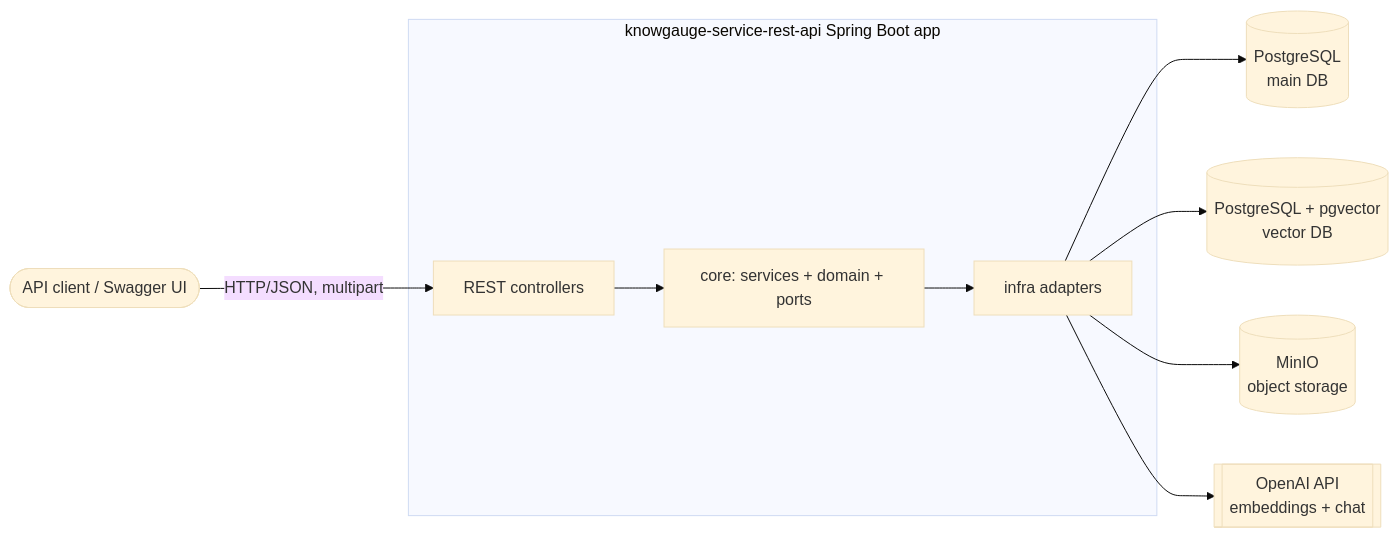
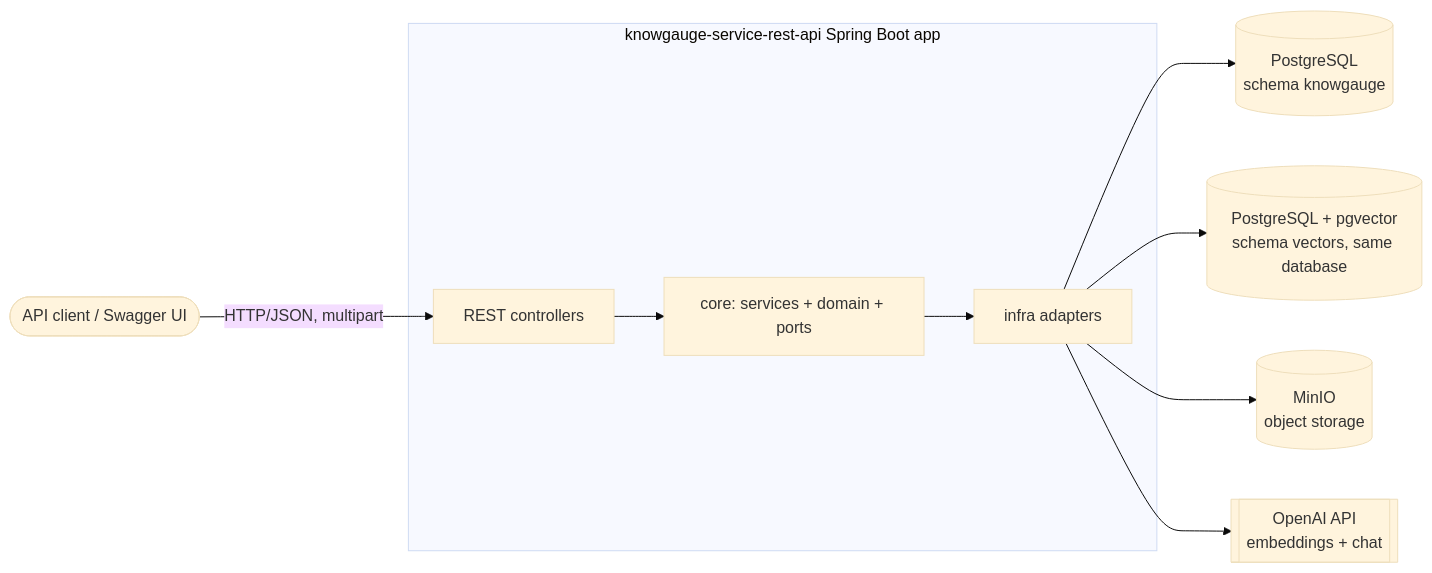
Before and after one commit to irina981/know-gauge: the diagram in docs/architecture/README.md, drawn with Mermaid (base theme). The commit also changed other lines of this file and 24 other files, not shown here.

First line of the commit message:
build(config): Run one Postgres with knowgauge, vectors and keycloak schemas

````diff
--- a/docs/architecture/README.md
+++ b/docs/architecture/README.md
@@ -36,19 +36,19 @@
 ```mermaid
 flowchart LR
     Client([API client / Swagger UI])
     subgraph App[knowgauge-service-rest-api  Spring Boot app]
         Ctrl[REST controllers]
         Core[core: services + domain + ports]
         Adapters[infra adapters]
     end
-    MainDB[(PostgreSQL<br/>main DB)]
-    VecDB[(PostgreSQL + pgvector<br/>vector DB)]
+    MainDB[(PostgreSQL<br/>schema knowgauge)]
+    VecDB[(PostgreSQL + pgvector<br/>schema vectors, same database)]
     MinIO[(MinIO<br/>object storage)]
     OpenAI[[OpenAI API<br/>embeddings + chat]]
 
     Client -->|HTTP/JSON, multipart| Ctrl --> Core --> Adapters
     Adapters --> MainDB
     Adapters --> VecDB
     Adapters --> MinIO
     Adapters --> OpenAI
 ```
````
